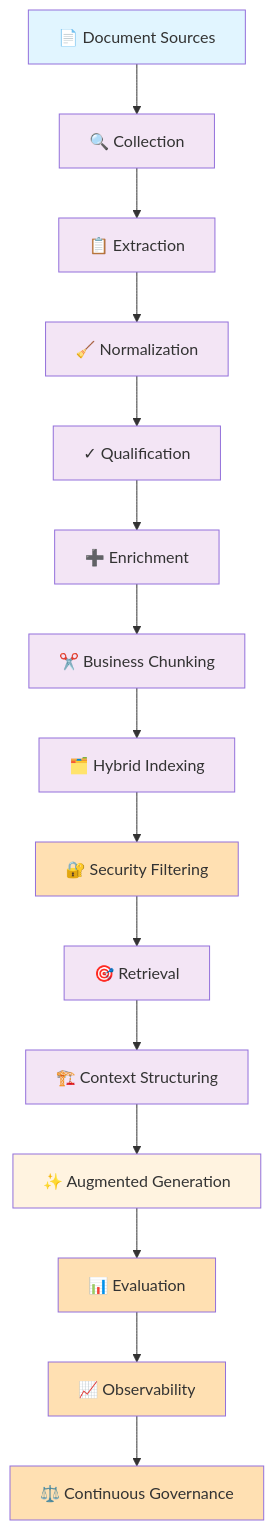
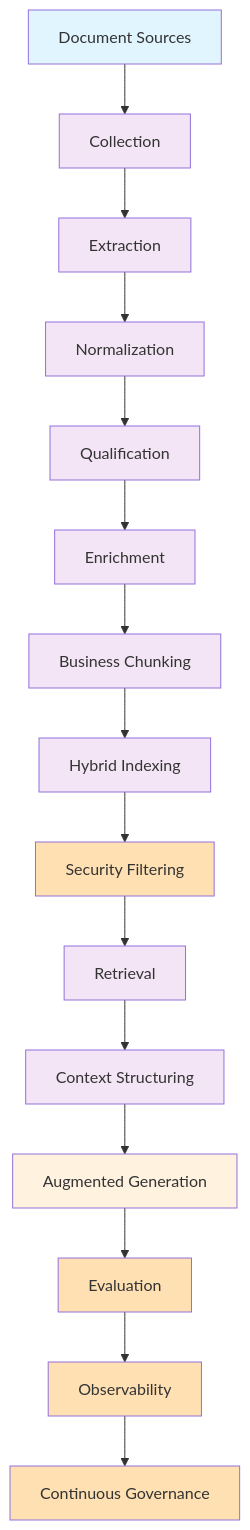
One commit to ricken07/com.rickenbazolo changed the third of 3 diagrams in src/content/blog/rag-industrializing-unstructured-data/en.mdx. Above: the diagram before and after it, drawn with Mermaid. The commit also changed 9 other files, not shown here.

Commit message:
chore(content): remove emojis from articles and schemas

````diff
--- a/src/content/blog/rag-industrializing-unstructured-data/en.mdx
+++ b/src/content/blog/rag-industrializing-unstructured-data/en.mdx
@@ -369,34 +369,34 @@
 ```mermaid
 flowchart TD
-    A["📄 Document Sources"] 
-    --> B["🔍 Collection"]
-    --> C["📋 Extraction"]
-    --> D["🧹 Normalization"]
-    --> E["✓ Qualification"]
-    --> F["➕ Enrichment"]
-    --> G["✂️ Business Chunking"]
-    --> H["🗂️ Hybrid Indexing"]
-    --> I["🔐 Security Filtering"]
-    --> J["🎯 Retrieval"]
-    --> K["🏗️ Context Structuring"]
-    --> L["✨ Augmented Generation"]
-    --> M["📊 Evaluation"]
-    --> N["📈 Observability"]
-    --> O["⚖️ Continuous Governance"]
+    A["Document Sources"] 
+    --> B["Collection"]
+    --> C["Extraction"]
+    --> D["Normalization"]
+    --> E["Qualification"]
+    --> F["Enrichment"]
+    --> G["Business Chunking"]
+    --> H["Hybrid Indexing"]
+    --> I["Security Filtering"]
+    --> J["Retrieval"]
+    --> K["Context Structuring"]
+    --> L["Augmented Generation"]
+    --> M["Evaluation"]
+    --> N["Observability"]
+    --> O["Continuous Governance"]
     
     style A fill:#e1f5ff
     style B fill:#f3e5f5
     style C fill:#f3e5f5
     style D fill:#f3e5f5
     style E fill:#f3e5f5
     style F fill:#f3e5f5
     style G fill:#f3e5f5
     style H fill:#f3e5f5
     style I fill:#ffe0b2
     style J fill:#f3e5f5
     style K fill:#f3e5f5
     style L fill:#fff3e0
     style M fill:#ffe0b2
     style N fill:#ffe0b2
     style O fill:#ffe0b2
 ```
````
